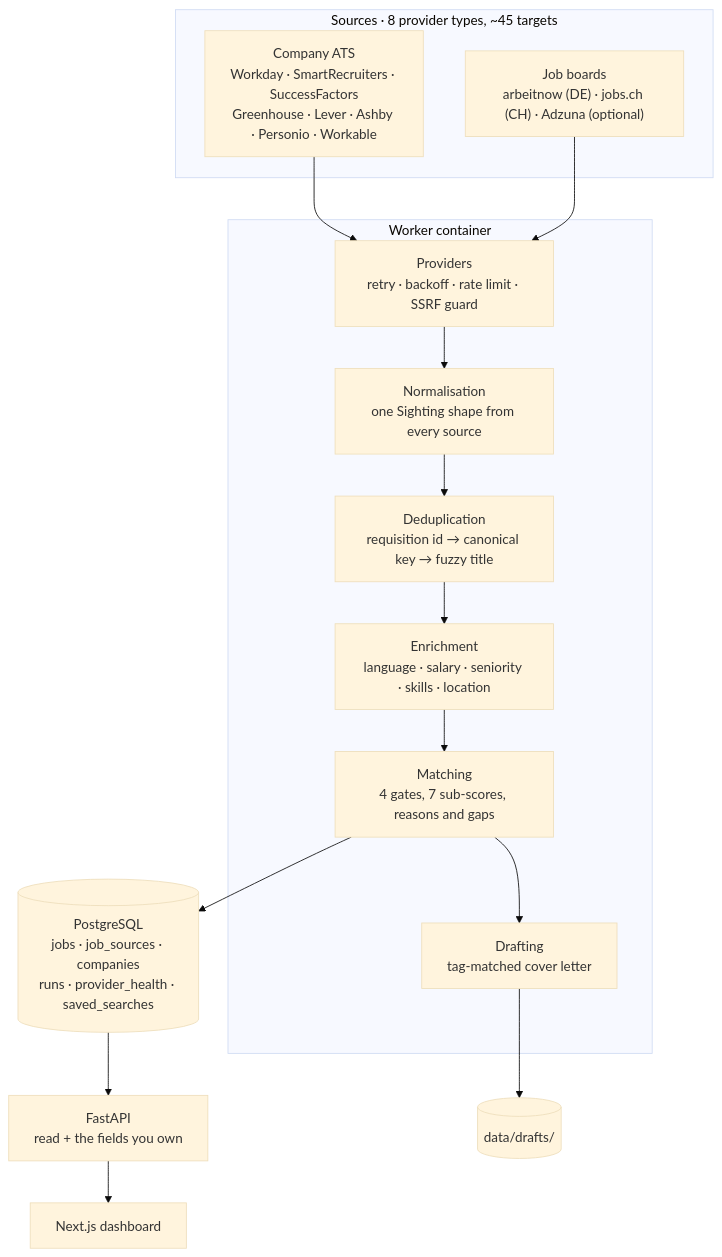
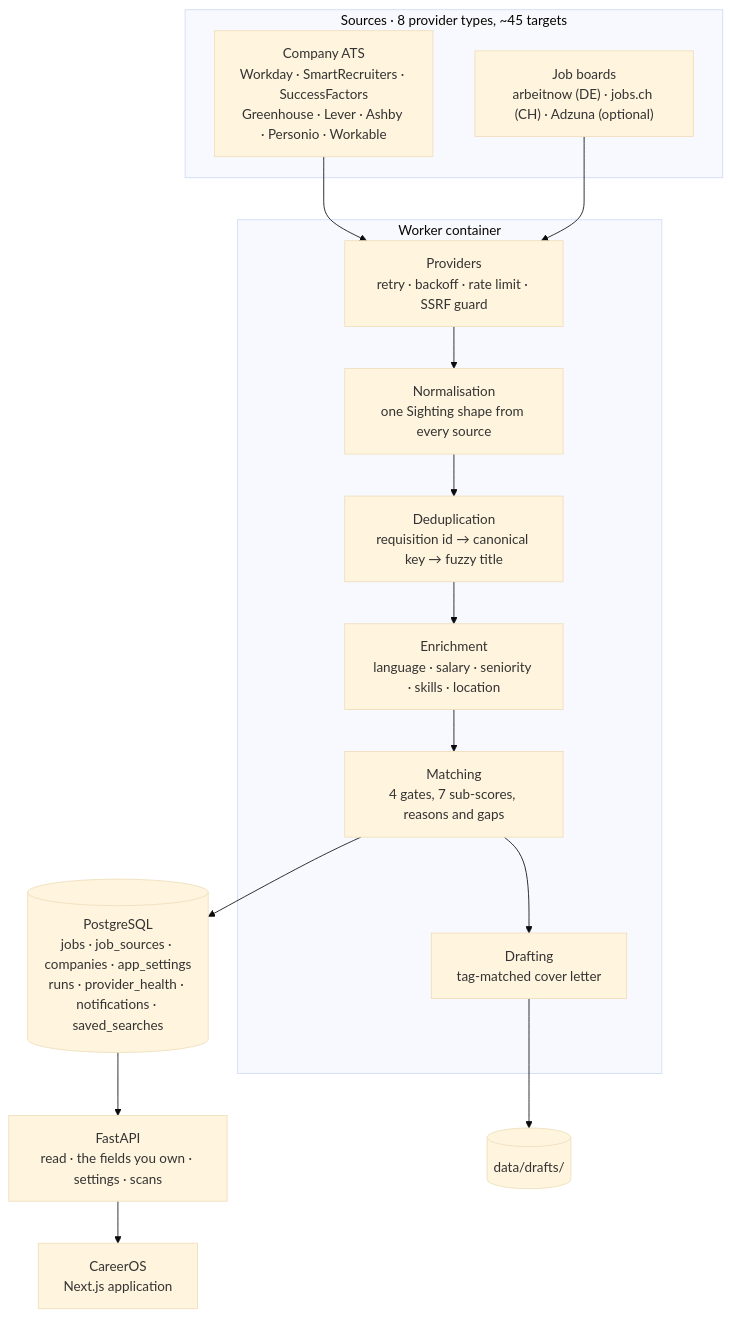
Before and after one commit to mzquadri/jobhunter: the first of 4 diagrams in docs/architecture.md, drawn with Mermaid (base theme). The commit also changed other lines of this file and 66 other files, not shown here.

````diff
--- a/docs/architecture.md
+++ b/docs/architecture.md
@@ -5,26 +5,26 @@
 ```mermaid
 flowchart TD
     subgraph sources["Sources · 8 provider types, ~45 targets"]
         ATS["Company ATS<br/>Workday · SmartRecruiters · SuccessFactors<br/>Greenhouse · Lever · Ashby · Personio · Workable"]
         BOARDS["Job boards<br/>arbeitnow (DE) · jobs.ch (CH) · Adzuna (optional)"]
     end
 
     subgraph worker["Worker container"]
         FETCH["Providers<br/>retry · backoff · rate limit · SSRF guard"]
         NORM["Normalisation<br/>one Sighting shape from every source"]
         DEDUP["Deduplication<br/>requisition id → canonical key → fuzzy title"]
         ENRICH["Enrichment<br/>language · salary · seniority · skills · location"]
         SCORE["Matching<br/>4 gates, 7 sub-scores, reasons and gaps"]
         DRAFT["Drafting<br/>tag-matched cover letter"]
     end
 
-    DB[("PostgreSQL<br/>jobs · job_sources · companies<br/>runs · provider_health · saved_searches")]
-    API["FastAPI<br/>read + the fields you own"]
-    WEB["Next.js dashboard"]
+    DB[("PostgreSQL<br/>jobs · job_sources · companies · app_settings<br/>runs · provider_health · notifications · saved_searches")]
+    API["FastAPI<br/>read · the fields you own · settings · scans"]
+    WEB["CareerOS<br/>Next.js application"]
 
     ATS --> FETCH
     BOARDS --> FETCH
     FETCH --> NORM --> DEDUP --> ENRICH --> SCORE --> DB
     SCORE --> DRAFT --> DISK[("data/drafts/")]
     DB --> API --> WEB
 ```
````
